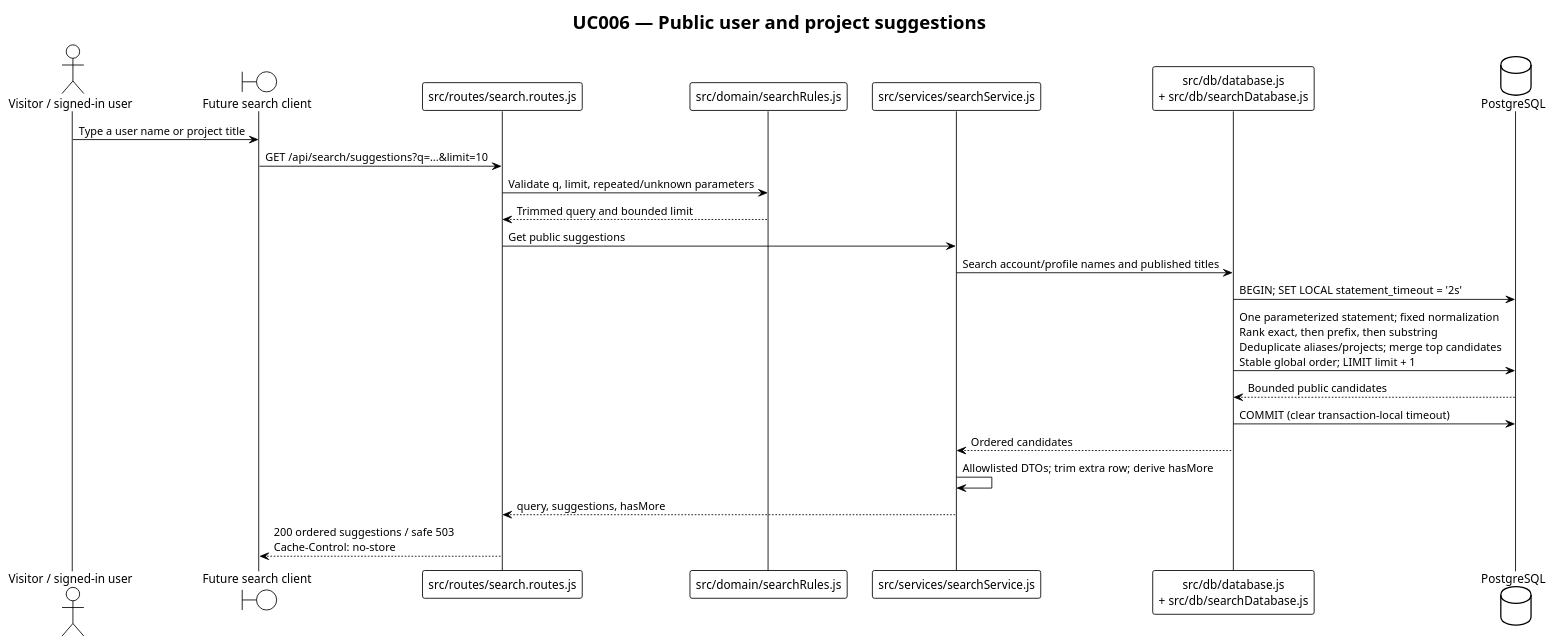
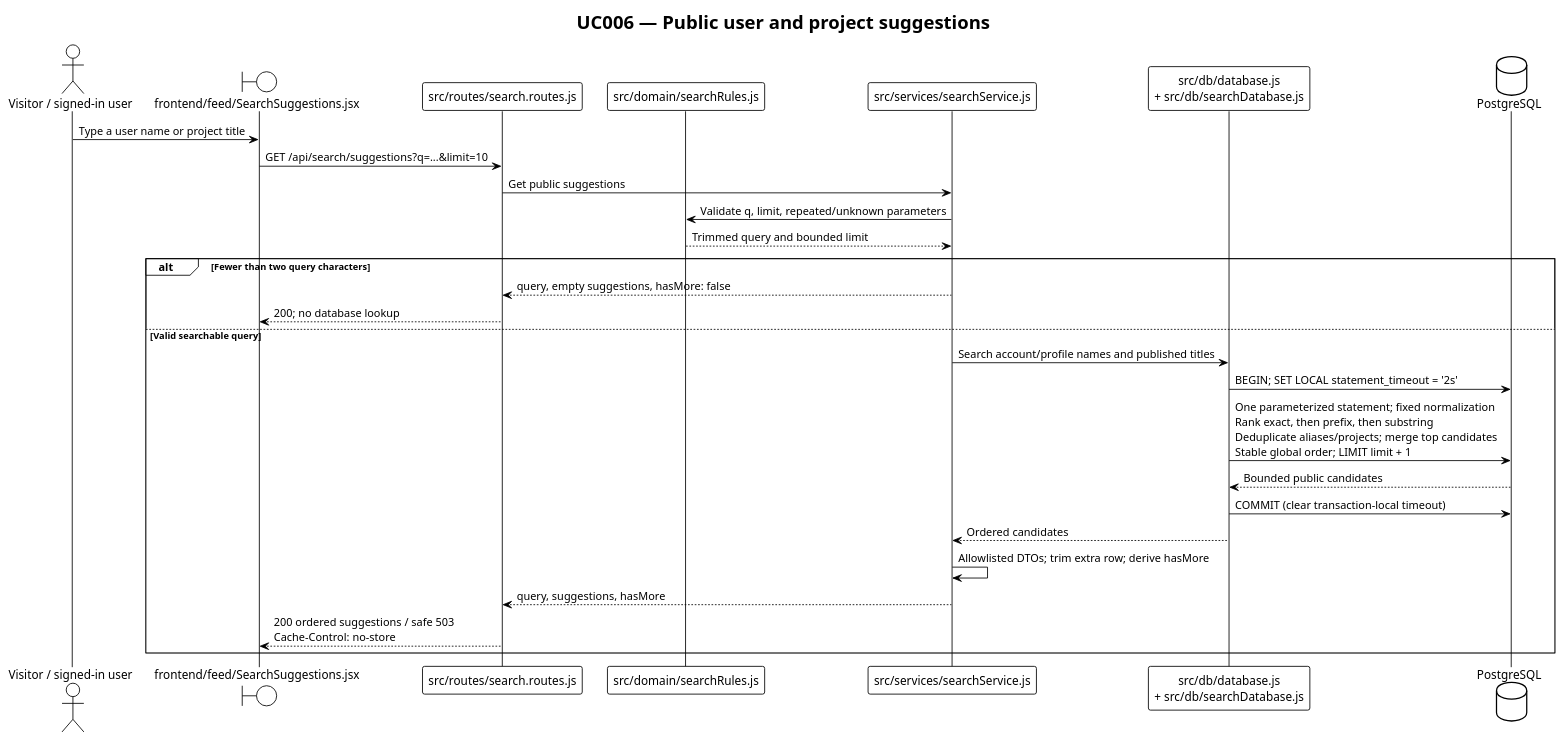
Before and after one commit to MiguelRibeiro1210/Portfolio_Website: the diagram in docs/UC006/uml/UC006_Search_Suggestions_Backend_Sequence.puml, drawn with PlantUML. The commit also changed 24 other files, not shown here.

First line of the commit message:
Implement database-backed user and project search

```diff
--- a/docs/UC006/uml/UC006_Search_Suggestions_Backend_Sequence.puml
+++ b/docs/UC006/uml/UC006_Search_Suggestions_Backend_Sequence.puml
@@ -1,30 +1,34 @@
 @startuml UC006_Search_Suggestions_Backend_Sequence
 !theme plain
 title UC006 — Public user and project suggestions
 
 actor "Visitor / signed-in user" as Viewer
-boundary "Future search client" as Client
+boundary "frontend/feed/SearchSuggestions.jsx" as Client
 participant "src/routes/search.routes.js" as Routes
 participant "src/domain/searchRules.js" as Rules
 participant "src/services/searchService.js" as Service
 participant "src/db/database.js\n+ src/db/searchDatabase.js" as Data
 database PostgreSQL as DB
 
 Viewer -> Client : Type a user name or project title
 Client -> Routes : GET /api/search/suggestions?q=...&limit=10
-Routes -> Rules : Validate q, limit, repeated/unknown parameters
+Routes -> Service : Get public suggestions
+Service -> Rules : Validate q, limit, repeated/unknown parameters
+Rules --> Service : Trimmed query and bounded limit
 
-Rules --> Routes : Trimmed query and bounded limit
-Routes -> Service : Get public suggestions
-
+alt Fewer than two query characters
+  Service --> Routes : query, empty suggestions, hasMore: false
+  Routes --> Client : 200; no database lookup
+else Valid searchable query
 Service -> Data : Search account/profile names and published titles
 Data -> DB : BEGIN; SET LOCAL statement_timeout = '2s'
 Data -> DB : One parameterized statement; fixed normalization\nRank exact, then prefix, then substring\nDeduplicate aliases/projects; merge top candidates\nStable global order; LIMIT limit + 1
 DB --> Data : Bounded public candidates
 Data -> DB : COMMIT (clear transaction-local timeout)
 Data --> Service : Ordered candidates
 Service -> Service : Allowlisted DTOs; trim extra row; derive hasMore
 Service --> Routes : query, suggestions, hasMore
 Routes --> Client : 200 ordered suggestions / safe 503\nCache-Control: no-store
+end
 
 @enduml
```
